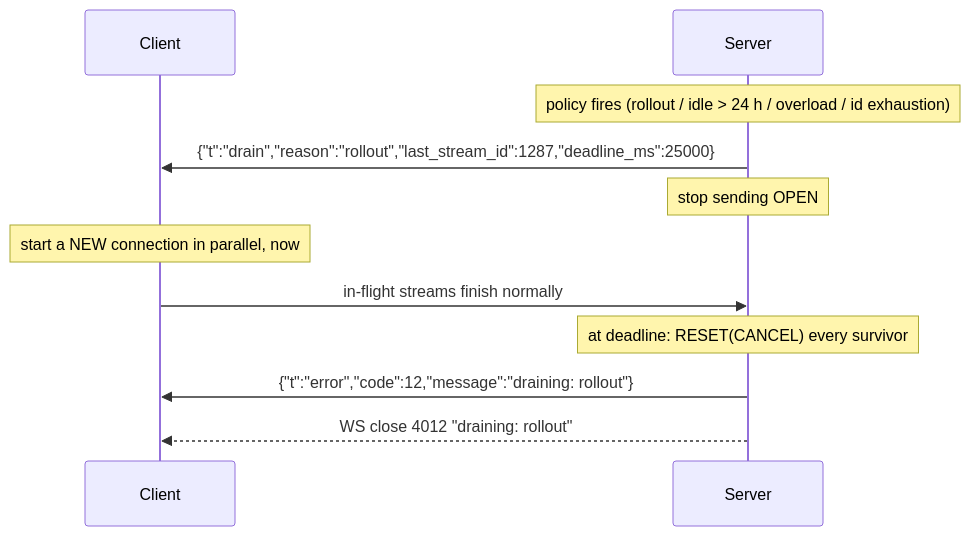
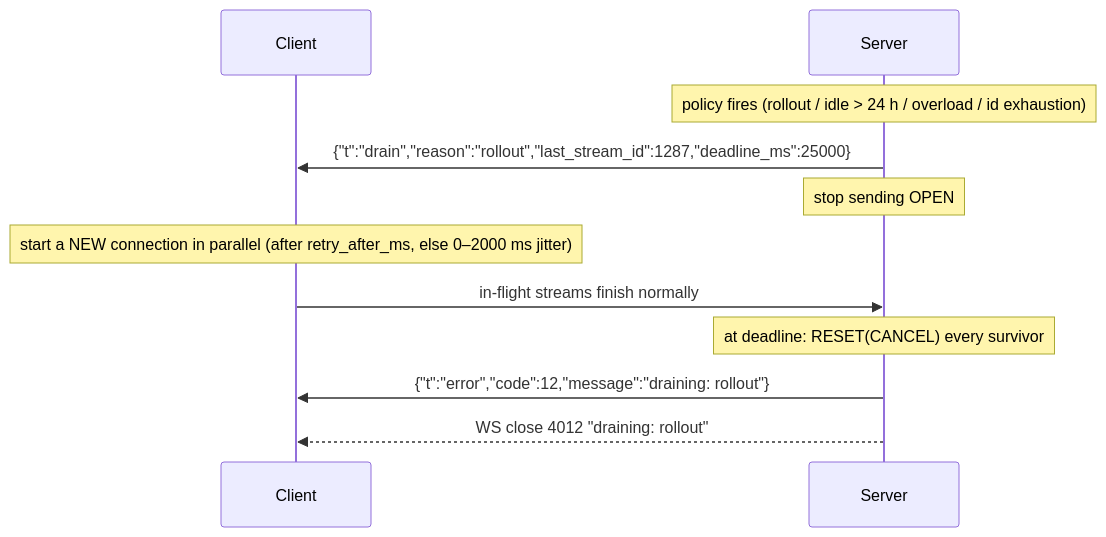
One commit to mcpwarp/ws-mixer-spec changed the fourth of 4 diagrams in docs/WIRE.md. Above: the diagram before and after it, drawn with Mermaid. The commit also changed other lines of this file and 30 other files, not shown here.

````diff
--- a/docs/WIRE.md
+++ b/docs/WIRE.md
@@ -506,13 +525,13 @@
 ```mermaid
 sequenceDiagram
     participant C as Client
     participant S as Server
     Note over S: policy fires (rollout / idle > 24 h / overload / id exhaustion)
     S->>C: {"t":"drain","reason":"rollout","last_stream_id":1287,"deadline_ms":25000}
     Note over S: stop sending OPEN
-    Note over C: start a NEW connection in parallel, now
+    Note over C: start a NEW connection in parallel (after retry_after_ms, else 0–2000 ms jitter)
     C->>S: in-flight streams finish normally
     Note over S: at deadline: RESET(CANCEL) every survivor
     S->>C: {"t":"error","code":12,"message":"draining: rollout"}
     S-->>C: WS close 4012 "draining: rollout"
 ```
````
